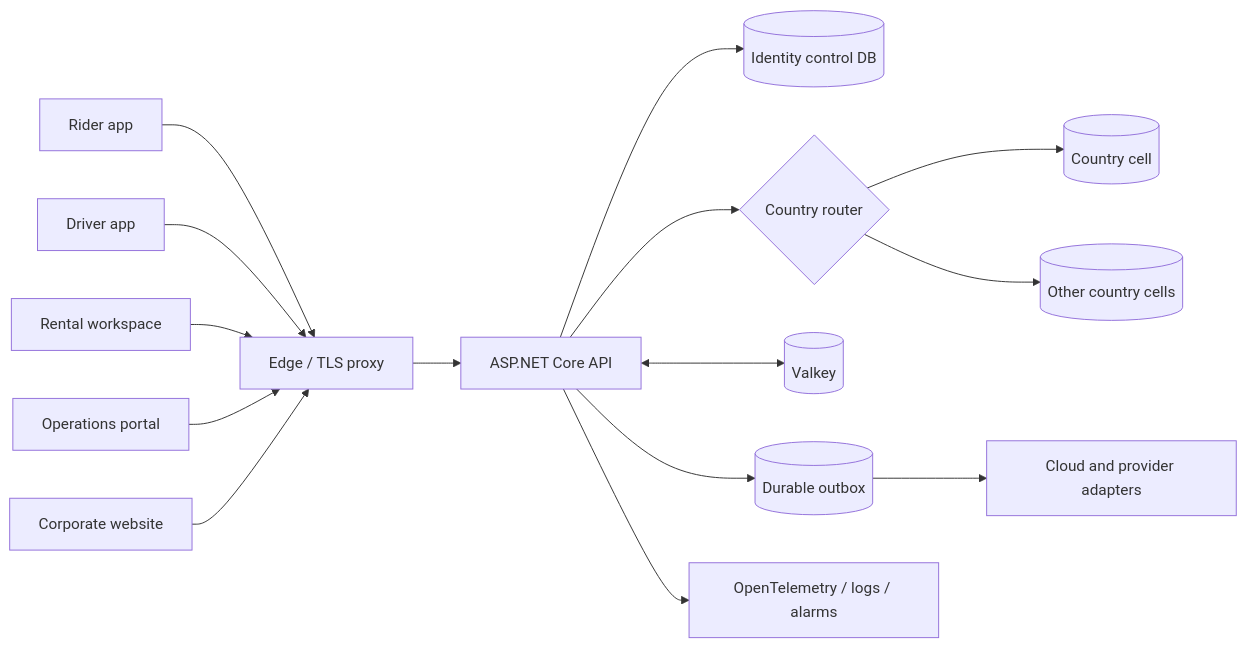
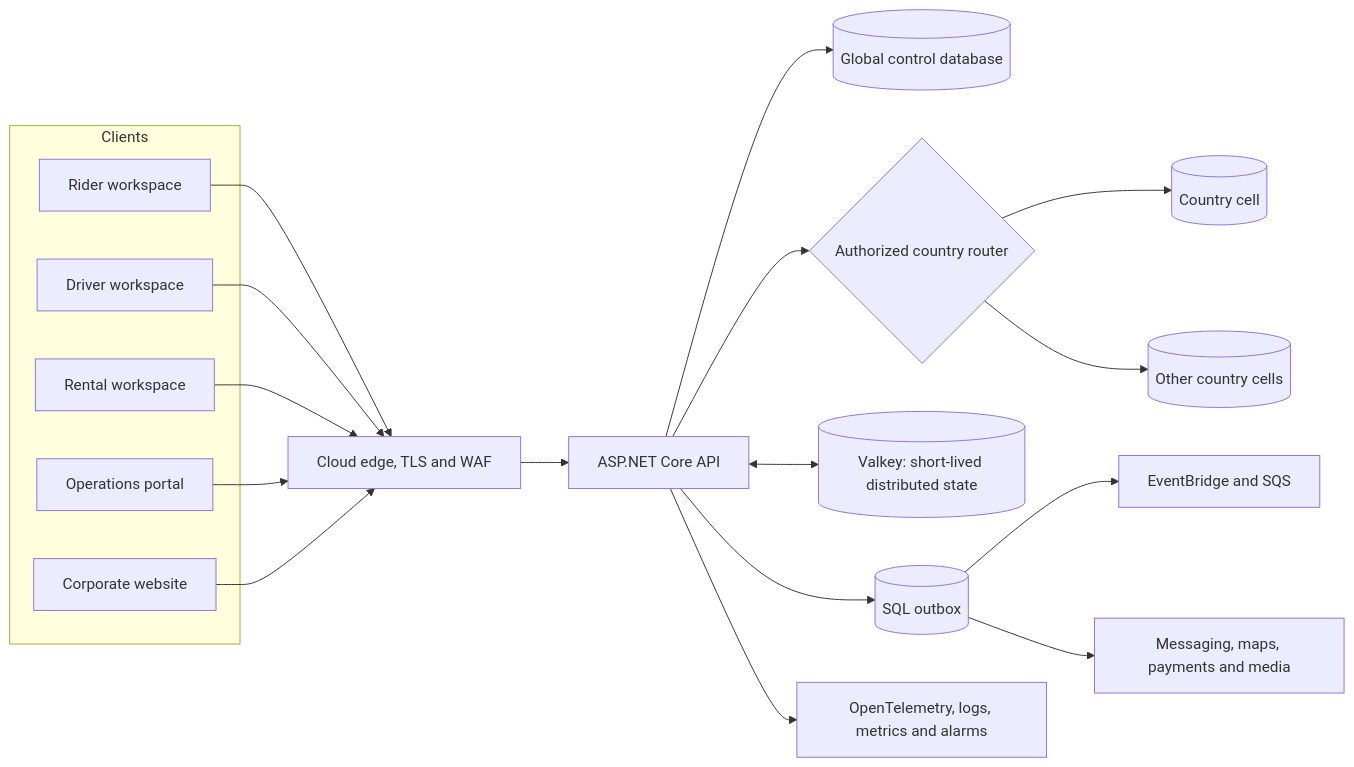
The diagram in README.md (KiloDriveApp/KiloDrive-Architecture), drawn with Mermaid before and after one commit. The commit also changed other lines of this file and 162 other files, not shown here.

Commit message:
docs: mature architecture and operations runbooks

````diff
--- a/README.md
+++ b/README.md
@@ -21,17 +50,28 @@
 ```mermaid
 flowchart LR
-    Rider[Rider app] --> Edge[Edge / TLS proxy]
-    Driver[Driver app] --> Edge
-    Rental[Rental workspace] --> Edge
-    Portal[Operations portal] --> Edge
-    Web[Corporate website] --> Edge
+    subgraph Clients
+      Rider[Rider workspace]
+      Driver[Driver workspace]
+      Rental[Rental workspace]
+      Admin[Operations portal]
+      Web[Corporate website]
+    end
+
+    Rider --> Edge[Cloud edge, TLS and WAF]
+    Driver --> Edge
+    Rental --> Edge
+    Admin --> Edge
+    Web --> Edge
     Edge --> API[ASP.NET Core API]
-    API --> Control[(Identity control DB)]
-    API --> Router{Country router}
+
+    API --> Control[(Global control database)]
+    API --> Router{Authorized country router}
     Router --> JM[(Country cell)]
     Router --> Other[(Other country cells)]
-    API <--> Valkey[(Valkey)]
-    API --> Outbox[(Durable outbox)]
-    Outbox --> Providers[Cloud and provider adapters]
-    API --> Telemetry[OpenTelemetry / logs / alarms]
+
+    API <--> Valkey[(Valkey: short-lived distributed state)]
+    API --> Outbox[(SQL outbox)]
+    Outbox --> Bus[EventBridge and SQS]
+    Outbox --> Providers[Messaging, maps, payments and media]
+    API --> Telemetry[OpenTelemetry, logs, metrics and alarms]
 ```
````
